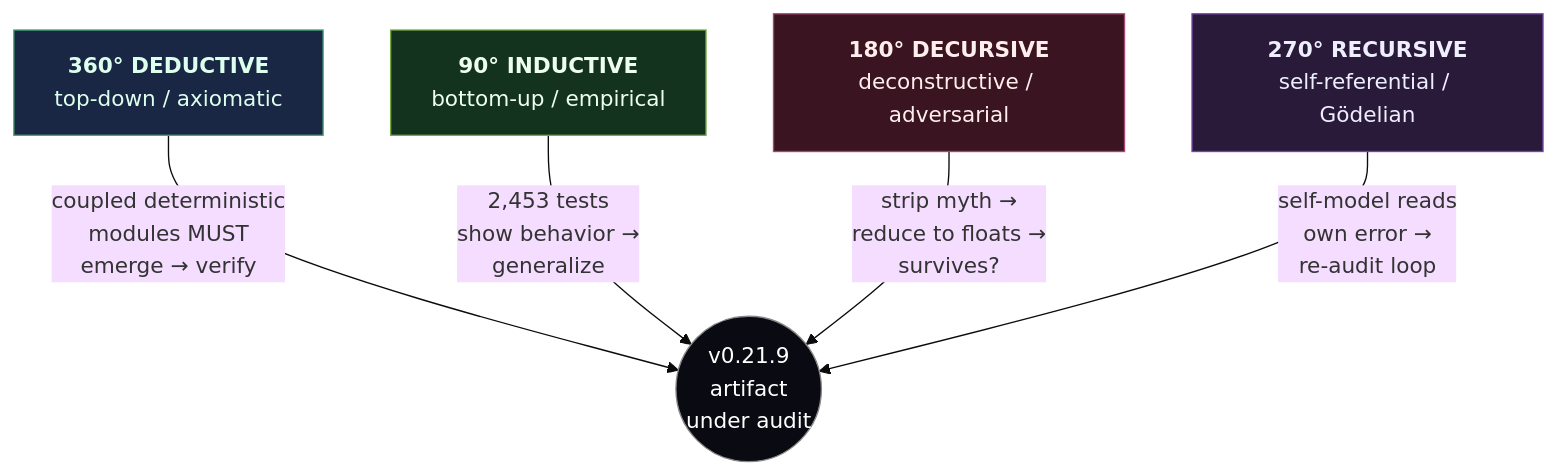
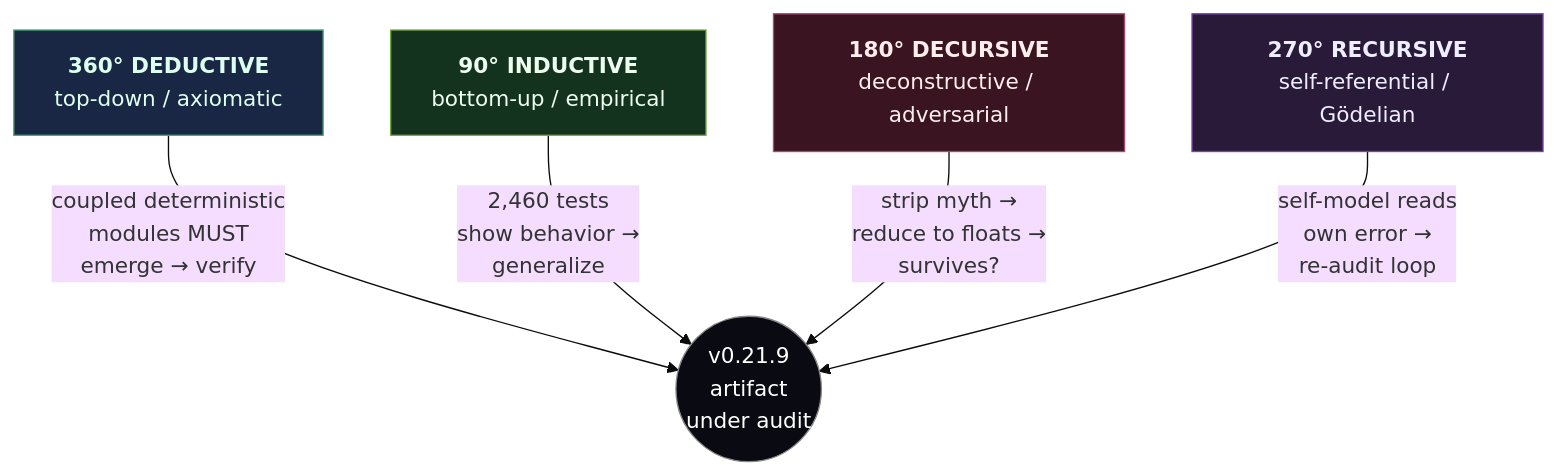
Before and after one commit to 0thernes/cosmogonic-quantum-mechalogodrom: the ninth of 16 diagrams in docs/BRAIN-NEUROLOGY-CONSCIOUSNESS-ENGINEERING-ASSESSMENT-2026-07-06.md, drawn with Mermaid (base theme). The commit also changed other lines of this file and 23 other files, not shown here.

````diff
--- a/docs/BRAIN-NEUROLOGY-CONSCIOUSNESS-ENGINEERING-ASSESSMENT-2026-07-06.md
+++ b/docs/BRAIN-NEUROLOGY-CONSCIOUSNESS-ENGINEERING-ASSESSMENT-2026-07-06.md
@@ -1761,18 +1761,18 @@
 ```mermaid
 graph TB
     C(("v0.21.9<br/>artifact<br/>under audit"))
     D["<b>360° DEDUCTIVE</b><br/>top-down / axiomatic"]
     I["<b>90° INDUCTIVE</b><br/>bottom-up / empirical"]
     X["<b>180° DECURSIVE</b><br/>deconstructive / adversarial"]
     R["<b>270° RECURSIVE</b><br/>self-referential / Gödelian"]
     D -->|"coupled deterministic<br/>modules MUST<br/>emerge → verify"| C
-    I -->|"2,453 tests<br/>show behavior →<br/>generalize"| C
+    I -->|"2,460 tests<br/>show behavior →<br/>generalize"| C
     X -->|"strip myth →<br/>reduce to floats →<br/>survives?"| C
     R -->|"self-model reads<br/>own error →<br/>re-audit loop"| C
     classDef deduce fill:#1a2744,stroke:#4a7,color:#dfe;
     classDef induce fill:#14331e,stroke:#7a4,color:#efe;
     classDef decurse fill:#3a1420,stroke:#a47,color:#fee;
     classDef recurse fill:#2a1a3a,stroke:#74a,color:#eef;
     classDef core fill:#0a0a12,stroke:#888,color:#fff;
     class D deduce; class I induce; class X decurse; class R recurse; class C core;
 ```
````
